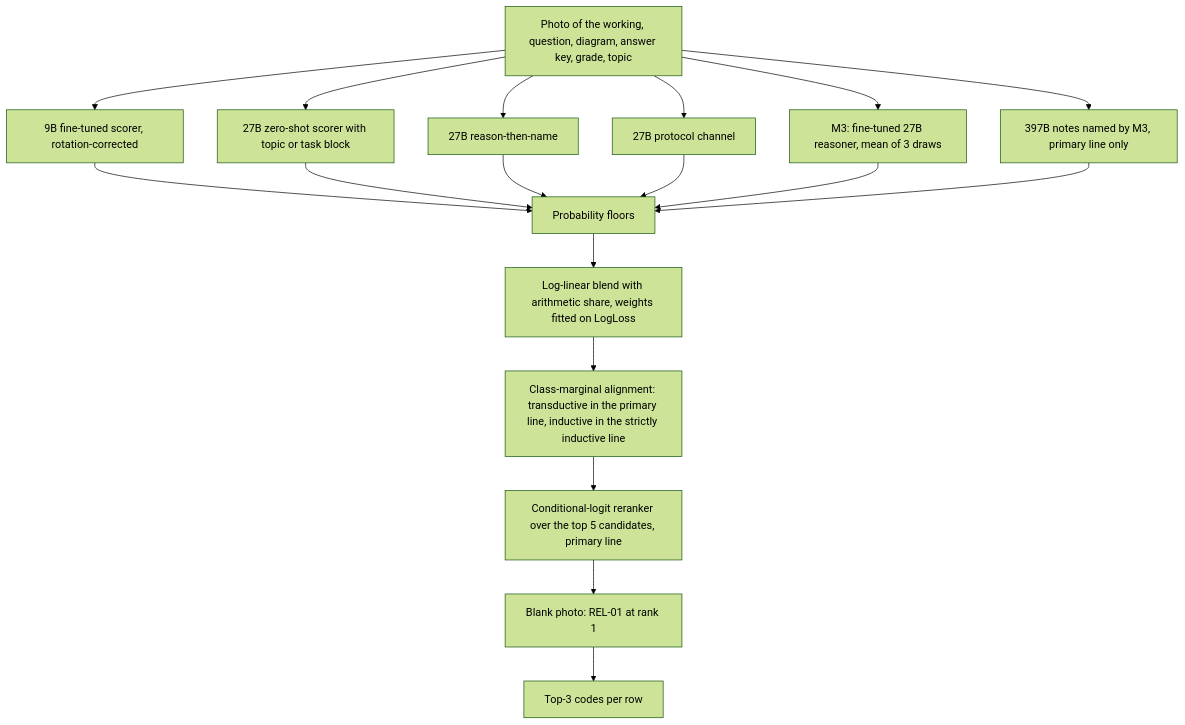
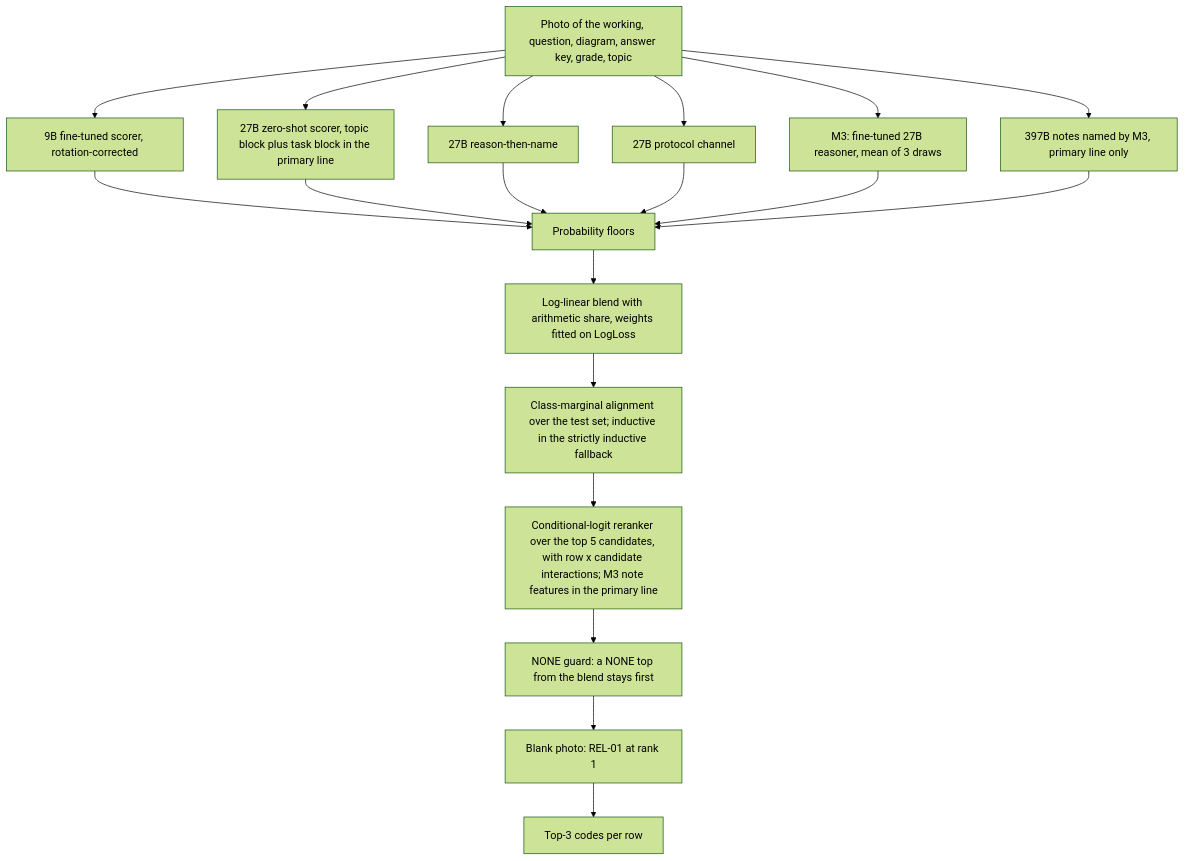
One commit to nanare-sudo/k12-misconception-solution changed the diagram in README.md. Above: the diagram before and after it, drawn with Mermaid (forest theme). The commit also changed other lines of this file and 79 other files, not shown here.

````diff
--- a/README.md
+++ b/README.md
@@ -51,33 +43,35 @@
 ```mermaid
 flowchart TD
     IN["Photo of the working, question, diagram, answer key, grade, topic"]
     C1["9B fine-tuned scorer, rotation-corrected"]
-    C2["27B zero-shot scorer with topic or task block"]
+    C2["27B zero-shot scorer, topic block plus task block in the primary line"]
     C3["27B reason-then-name"]
     C4["27B protocol channel"]
     C5["M3: fine-tuned 27B reasoner, mean of 3 draws"]
     C6["397B notes named by M3, primary line only"]
     FL["Probability floors"]
     BL["Log-linear blend with arithmetic share, weights fitted on LogLoss"]
-    AL["Class-marginal alignment: transductive in the primary line, inductive in the strictly inductive line"]
-    RR["Conditional-logit reranker over the top 5 candidates, primary line"]
+    AL["Class-marginal alignment over the test set; inductive in the strictly inductive fallback"]
+    RR["Conditional-logit reranker over the top 5 candidates, with row x candidate interactions; M3 note features in the primary line"]
+    NG["NONE guard: a NONE top from the blend stays first"]
     BK["Blank photo: REL-01 at rank 1"]
     OUT["Top-3 codes per row"]
     IN --> C1
     IN --> C2
     IN --> C3
     IN --> C4
     IN --> C5
     IN --> C6
     C1 --> FL
     C2 --> FL
     C3 --> FL
     C4 --> FL
     C5 --> FL
     C6 --> FL
     FL --> BL
     BL --> AL
     AL --> RR
-    RR --> BK
+    RR --> NG
+    NG --> BK
     BK --> OUT
 ```
````
